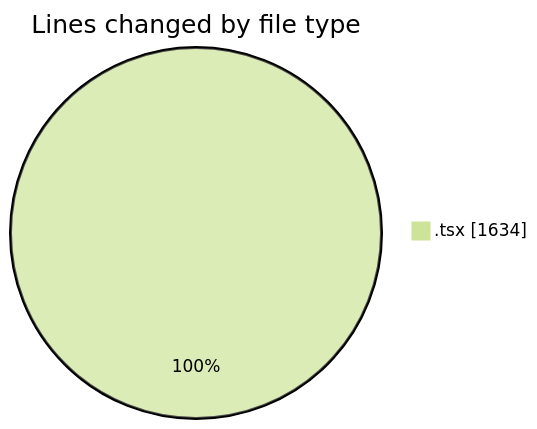
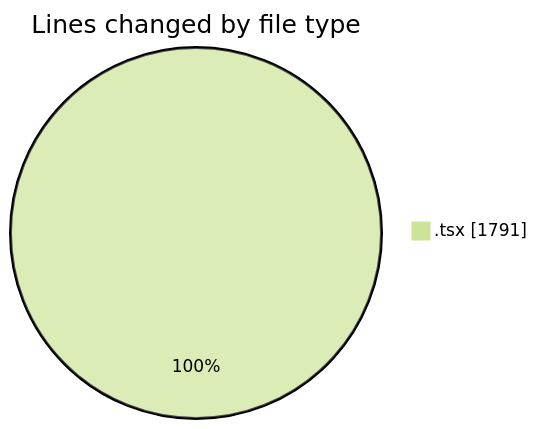
One commit to momahboobian/code-tracking changed the first of 2 diagrams in 2025-06-13/cda/README.md. Above: the diagram before and after it, drawn with Mermaid (forest theme). The commit also changed other lines of this file and 1 other file, not shown here.

````diff
--- a/2025-06-13/cda/README.md
+++ b/2025-06-13/cda/README.md
@@ -22,5 +23,5 @@
 ```mermaid
 pie showData
 title Lines changed by file type
-".tsx" : 1634
+".tsx" : 1791
 ```
````
